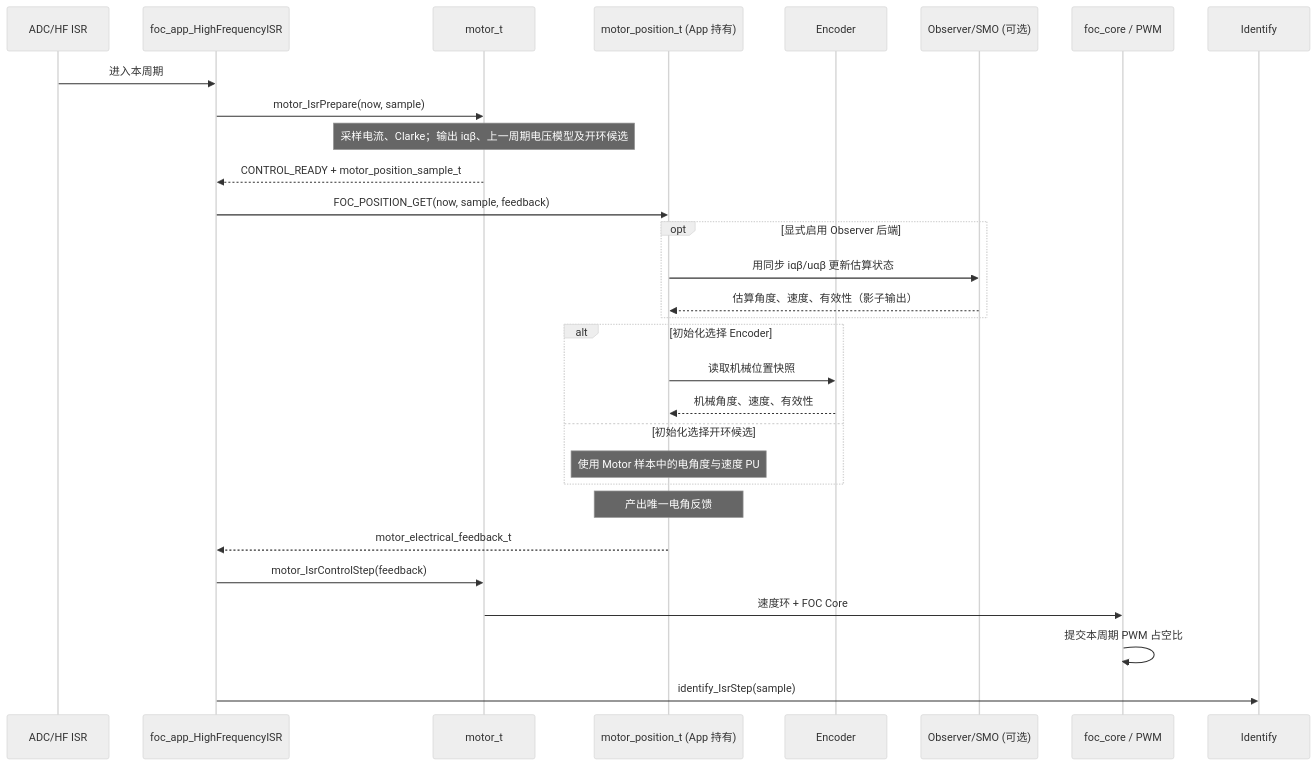
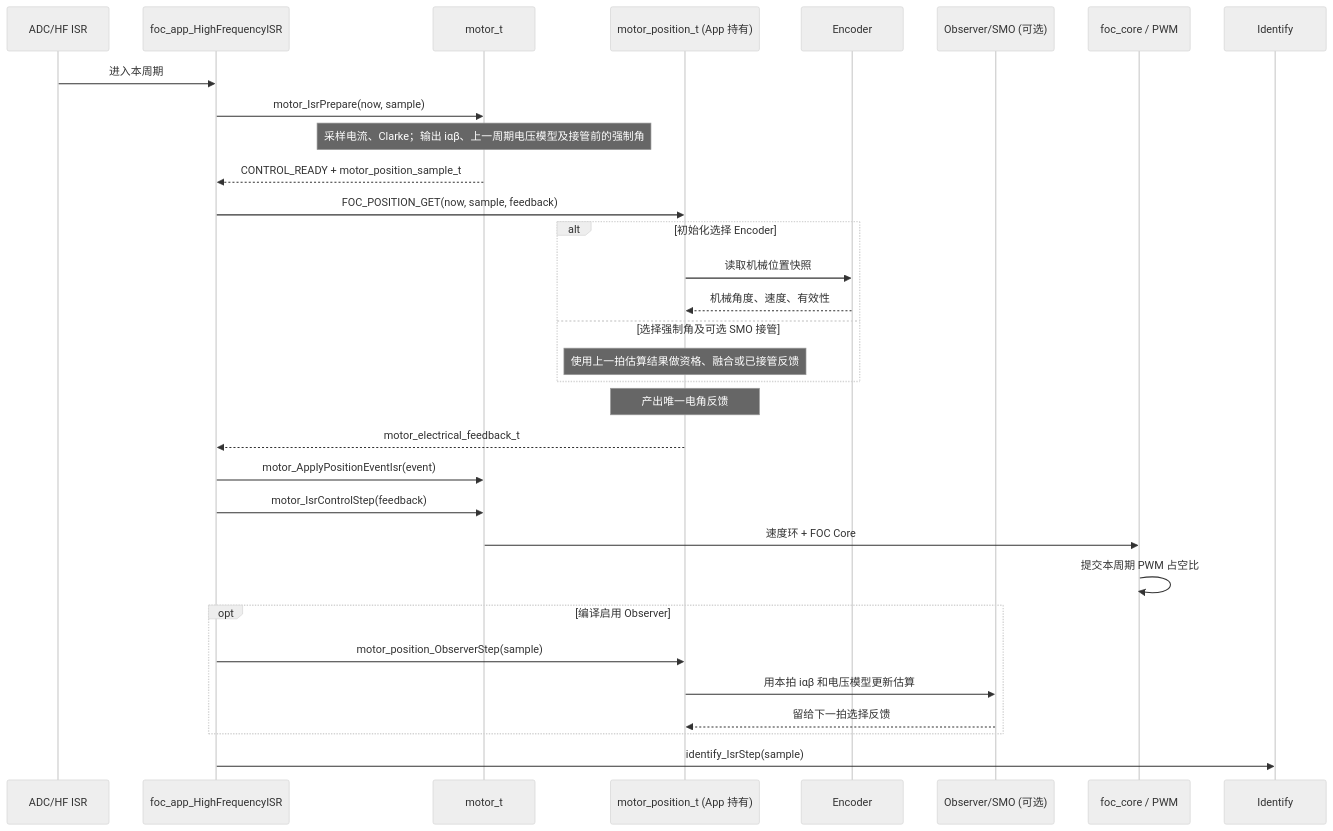
One commit to wyxun/modus_template changed the diagram in foc/docs/foc-architecture.md. Above: the diagram before and after it, drawn with Mermaid (neutral theme). The commit also changed other lines of this file and 18 other files, not shown here.

````diff
--- a/foc/docs/foc-architecture.md
+++ b/foc/docs/foc-architecture.md
@@ -23,33 +23,35 @@
 ```mermaid
 sequenceDiagram
     participant IRQ as ADC/HF ISR
     participant App as foc_app_HighFrequencyISR
     participant Motor as motor_t
     participant Pos as motor_position_t (App 持有)
     participant Enc as Encoder
     participant Obs as Observer/SMO (可选)
     participant Core as foc_core / PWM
     participant Id as Identify
 
     IRQ->>App: 进入本周期
     App->>Motor: motor_IsrPrepare(now, sample)
-    Note over Motor: 采样电流、Clarke；输出 iαβ、上一周期电压模型及开环候选
+    Note over Motor: 采样电流、Clarke；输出 iαβ、上一周期电压模型及接管前的强制角
     Motor-->>App: CONTROL_READY + motor_position_sample_t
     App->>Pos: FOC_POSITION_GET(now, sample, feedback)
-    opt 显式启用 Observer 后端
-        Pos->>Obs: 用同步 iαβ/uαβ 更新估算状态
-        Obs-->>Pos: 估算角度、速度、有效性（影子输出）
-    end
     alt 初始化选择 Encoder
         Pos->>Enc: 读取机械位置快照
         Enc-->>Pos: 机械角度、速度、有效性
-    else 初始化选择开环候选
-        Note over Pos: 使用 Motor 样本中的电角度与速度 PU
+    else 选择强制角及可选 SMO 接管
+        Note over Pos: 使用上一拍估算结果做资格、融合或已接管反馈
     end
     Note over Pos: 产出唯一电角反馈
     Pos-->>App: motor_electrical_feedback_t
+    App->>Motor: motor_ApplyPositionEventIsr(event)
     App->>Motor: motor_IsrControlStep(feedback)
     Motor->>Core: 速度环 + FOC Core
     Core->>Core: 提交本周期 PWM 占空比
+    opt 编译启用 Observer
+        App->>Pos: motor_position_ObserverStep(sample)
+        Pos->>Obs: 用本拍 iαβ 和电压模型更新估算
+        Obs-->>Pos: 留给下一拍选择反馈
+    end
     App->>Id: identify_IsrStep(sample)
 ```
````
